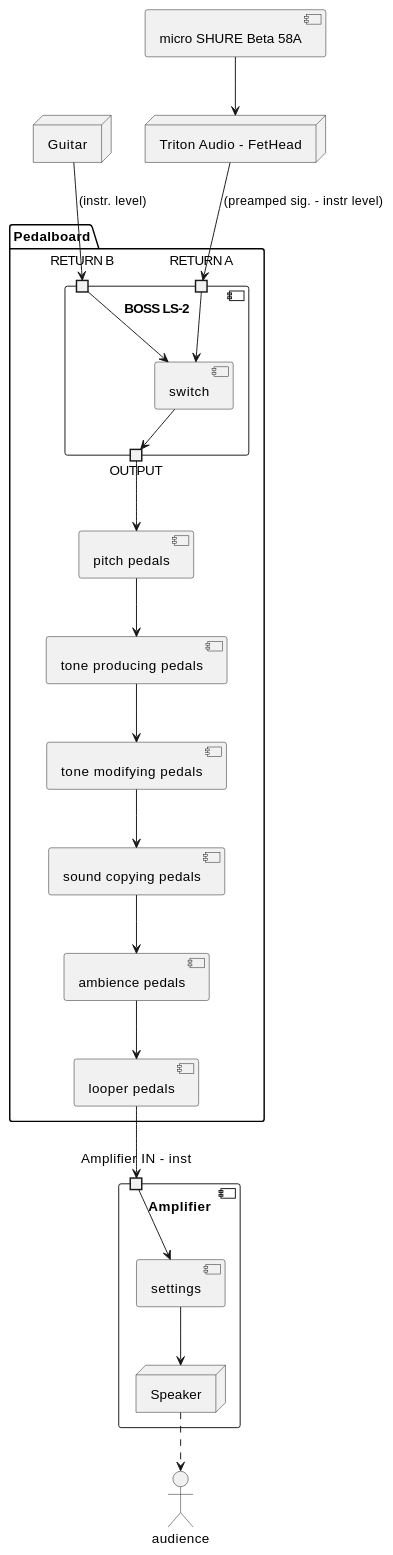
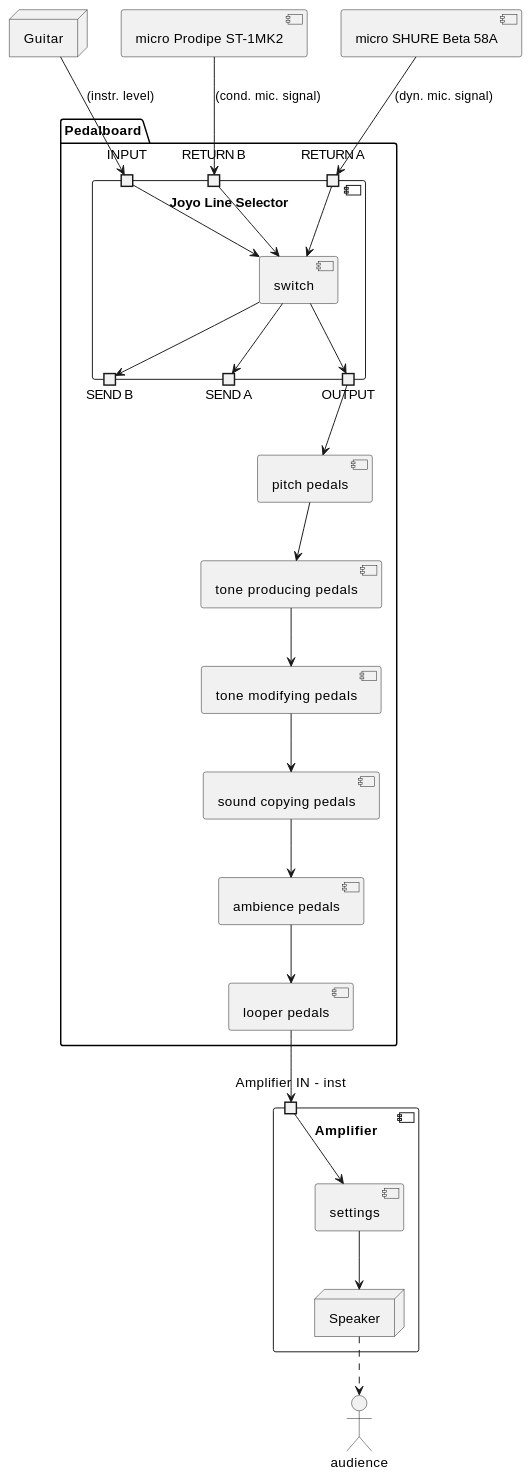
Before and after one commit to Moustov/pedalboard: the second of 2 diagrams in docs/studio.md, drawn with PlantUML. The commit also changed other lines of this file, not shown here.

Commit message:
line selector

````diff
--- a/docs/studio.md
+++ b/docs/studio.md
@@ -36,43 +39,44 @@
 ```plantuml
 @startuml standalone
 
 
 component "Amplifier" {
   portin "Amplifier IN - inst"
   "Amplifier IN - inst" --> [settings]
   node "Speaker"
   [settings] --> "Speaker"
 }
 
-
-node "Triton Audio - FetHead" {
-
-}
-
 package "Pedalboard" {
-    component "BOSS LS-2" {
+    component "Joyo Line Selector" {
+      portin "INPUT"
       portin "RETURN A"
       portin "RETURN B"
       portout "OUTPUT"
+      portout "SEND A"
+      portout "SEND B"
+      "INPUT" --> [switch]
       "RETURN A" --> [switch]
       "RETURN B" --> [switch]
       [switch] --> "OUTPUT"
+      [switch] --> "SEND A"
+      [switch] --> "SEND B"
     }
   [pitch pedals] --> [tone producing pedals]
   [tone producing pedals] --> [tone modifying pedals]
   [tone modifying pedals] --> [sound copying pedals]
   [sound copying pedals] --> [ambience pedals]
   [ambience pedals] --> [looper pedals]
 }
 node "Guitar" 
 actor audience
 
-[micro SHURE Beta 58A] --> "Triton Audio - FetHead"
- "Triton Audio - FetHead" --> "RETURN A" : "(preamped sig. - instr level)"
-"Guitar" --> "RETURN B" : "(instr. level)"
+[micro SHURE Beta 58A] --> "RETURN A": "(dyn. mic. signal)"
+[micro Prodipe ST-1MK2] --> "RETURN B": "(cond. mic. signal)"
+"Guitar" --> "INPUT" : "(instr. level)"
 "OUTPUT" --> [pitch pedals]
 [looper pedals] --> "Amplifier IN - inst"
 "Speaker" ..> audience
 
 @enduml
 ```
````
